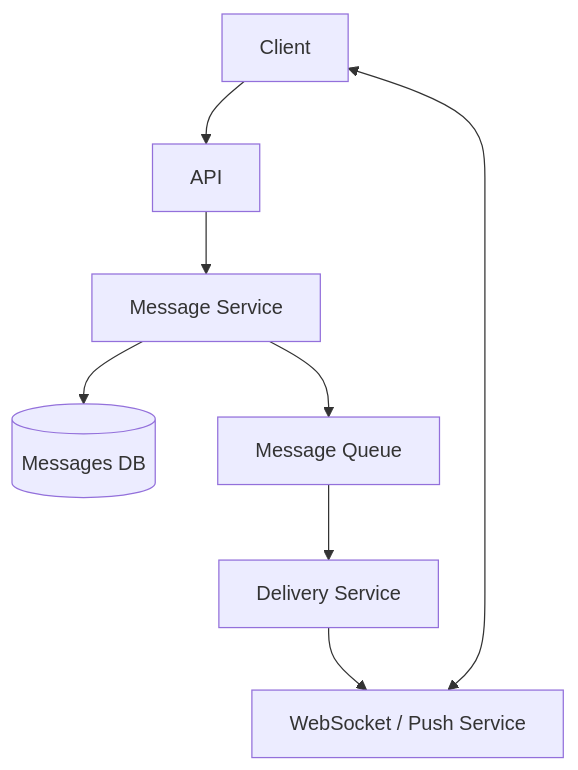
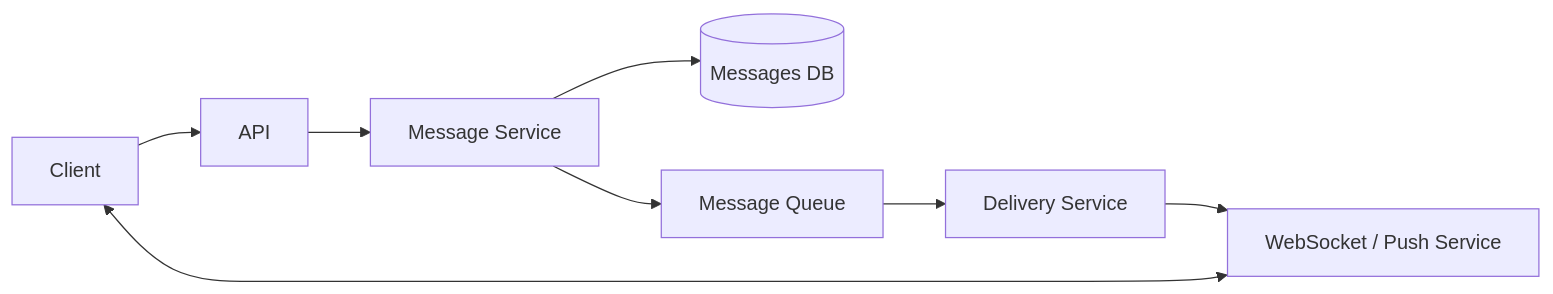
The first of 3 diagrams in README.md (artembaranovsky1/Software-Design-and-Documentation_lab-1.1), drawn with Mermaid before and after one commit.

````diff
--- a/README.md
+++ b/README.md
@@ -4,10 +4,10 @@
 ```mermaid
-graph TD
+graph LR
     Client --> API
     API --> MS[Message Service]
     MS --> DB[(Messages DB)]
     MS --> Queue[Message Queue]
     Queue --> DS[Delivery Service]
     DS --> WS[WebSocket / Push Service]
     WS <--> Client
 ```
````
